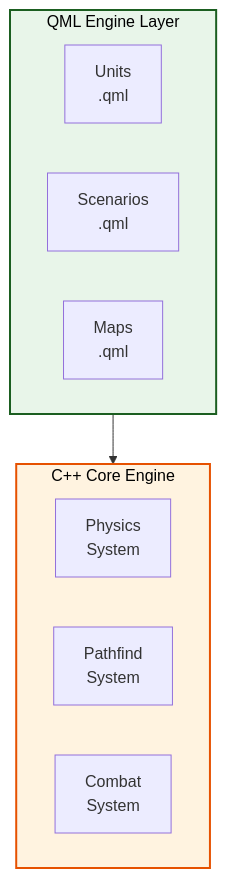
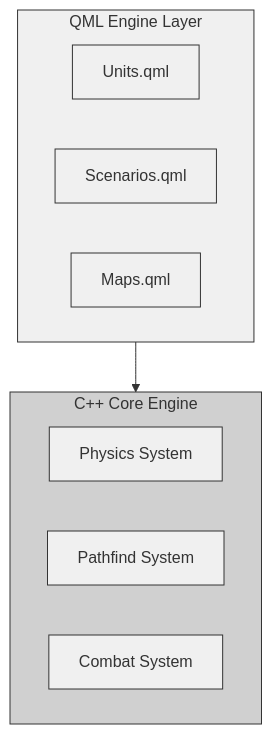
One commit to jukofyork/close-combat-architecture-study changed the fifth of 10 diagrams in chapter_07_moddability.md. Above: the diagram before and after it, drawn with Mermaid. The commit also changed other lines of this file and 15 other files, not shown here.

````diff
--- a/chapter_07_moddability.md
+++ b/chapter_07_moddability.md
@@ -534,24 +553,27 @@
 ```mermaid
 flowchart TB
     subgraph QMLLayer["QML Engine Layer"]
         direction LR
-        Q1[Units<br>.qml]
-        Q2[Scenarios<br>.qml]
-        Q3[Maps<br>.qml]
+        Q1[Units.qml]
+        Q2[Scenarios.qml]
+        Q3[Maps.qml]
     end
     
     subgraph CPPLayer["C++ Core Engine"]
         direction LR
-        C1[Physics<br>System]
-        C2[Pathfind<br>System]
-        C3[Combat<br>System]
+        C1[Physics System]
+        C2[Pathfind System]
+        C3[Combat System]
     end
     
     QMLLayer --> CPPLayer
     
-    classDef qmlStyle fill:#e8f5e9,stroke:#1b5e20,stroke-width:2px,color:#000
-    classDef cppStyle fill:#fff3e0,stroke:#e65100,stroke-width:2px,color:#000
+    classDef default fill:#fff,stroke:#000,stroke-width:1px
+    classDef light fill:#f0f0f0,stroke:#333,stroke-width:1px
+    classDef medium fill:#d0d0d0,stroke:#333,stroke-width:1px
+    classDef dark fill:#b0b0b0,stroke:#000,stroke-width:2px
     
-    class QMLLayer qmlStyle
-    class CPPLayer cppStyle
+    class QMLLayer light
+    class CPPLayer medium
+    class Q1,Q2,Q3,C1,C2,C3 light
 ```
````
